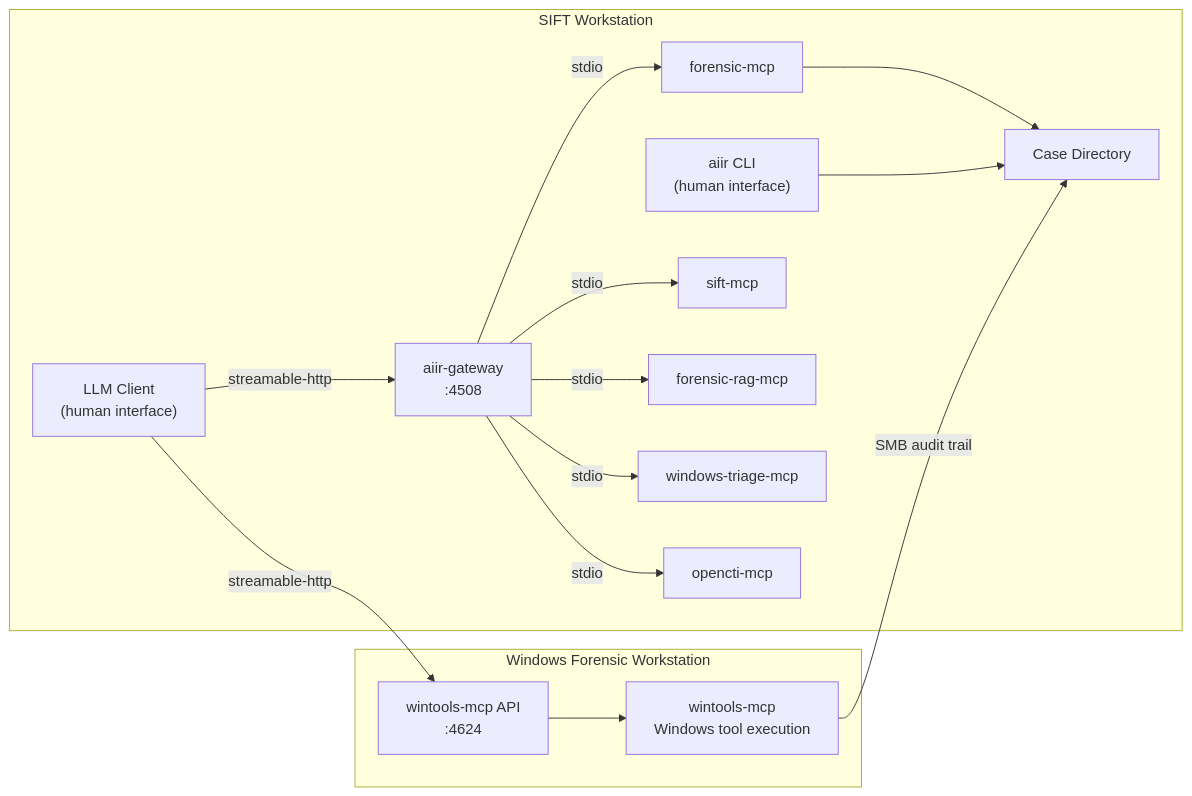
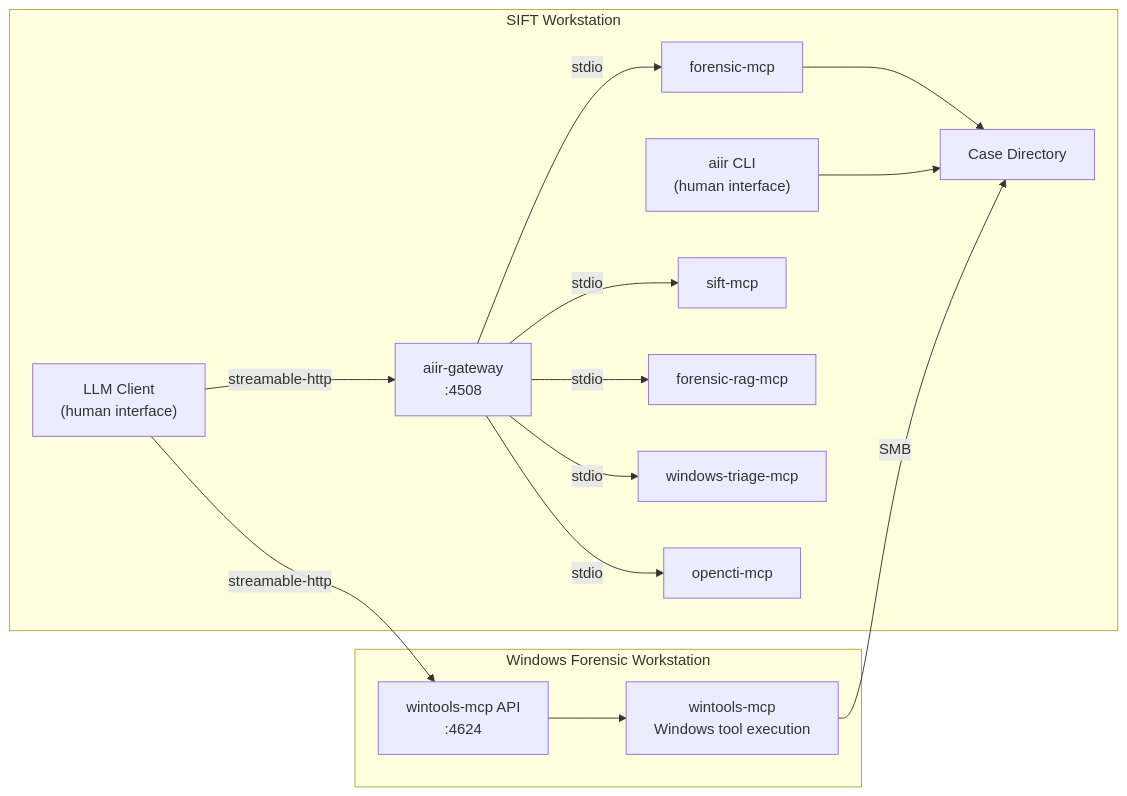
One commit to AppliedIR/aiir changed the third of 6 diagrams in README.md. Above: the diagram before and after it, drawn with Mermaid. The commit also changed other lines of this file and 1 other file, not shown here.

Commit message:
change SMB label to reflect full case directory access, not just audit

````diff
--- a/README.md
+++ b/README.md
@@ -96,33 +96,33 @@
 ```mermaid
 graph LR
     subgraph sift ["SIFT Workstation"]
         CC["LLM Client<br/>(human interface)"]
         CLI["aiir CLI<br/>(human interface)"]
         GW["aiir-gateway<br/>:4508"]
         FM[forensic-mcp]
         SM[sift-mcp]
         FR[forensic-rag-mcp]
         WTR[windows-triage-mcp]
         OC[opencti-mcp]
         CASE[Case Directory]
 
         CC -->|"streamable-http"| GW
         GW -->|stdio| FM
         GW -->|stdio| SM
         GW -->|stdio| FR
         GW -->|stdio| WTR
         GW -->|stdio| OC
         FM --> CASE
         CLI --> CASE
     end
 
     subgraph winbox ["Windows Forensic Workstation"]
         WAPI["wintools-mcp API<br/>:4624"]
         WM["wintools-mcp<br/>Windows tool execution"]
 
         WAPI --> WM
     end
 
     CC -->|"streamable-http"| WAPI
-    WM -->|"SMB audit trail"| CASE
+    WM -->|"SMB"| CASE
 ```
````
